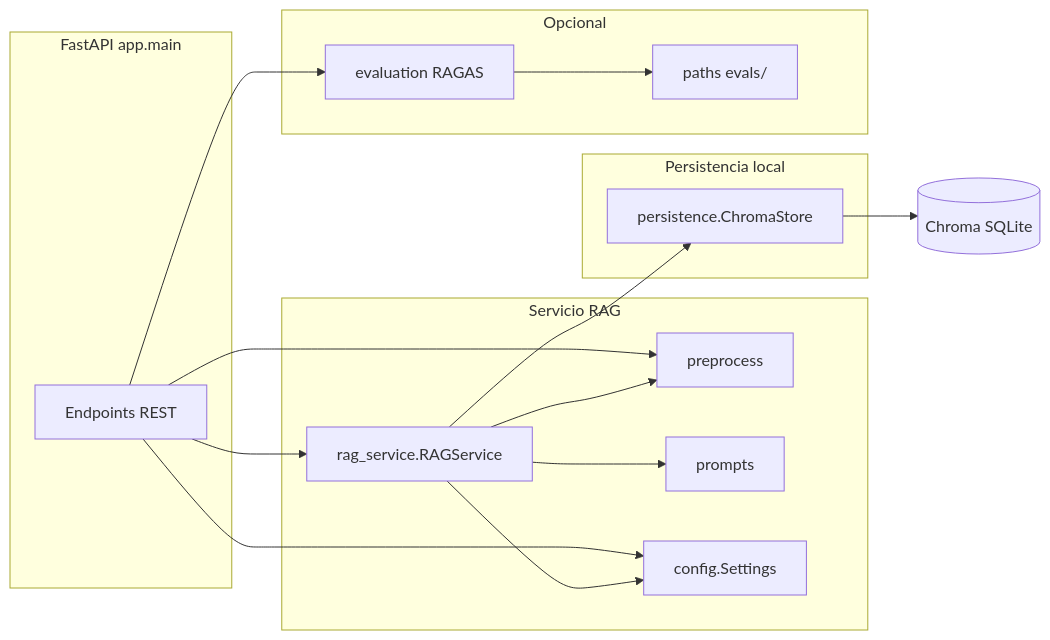
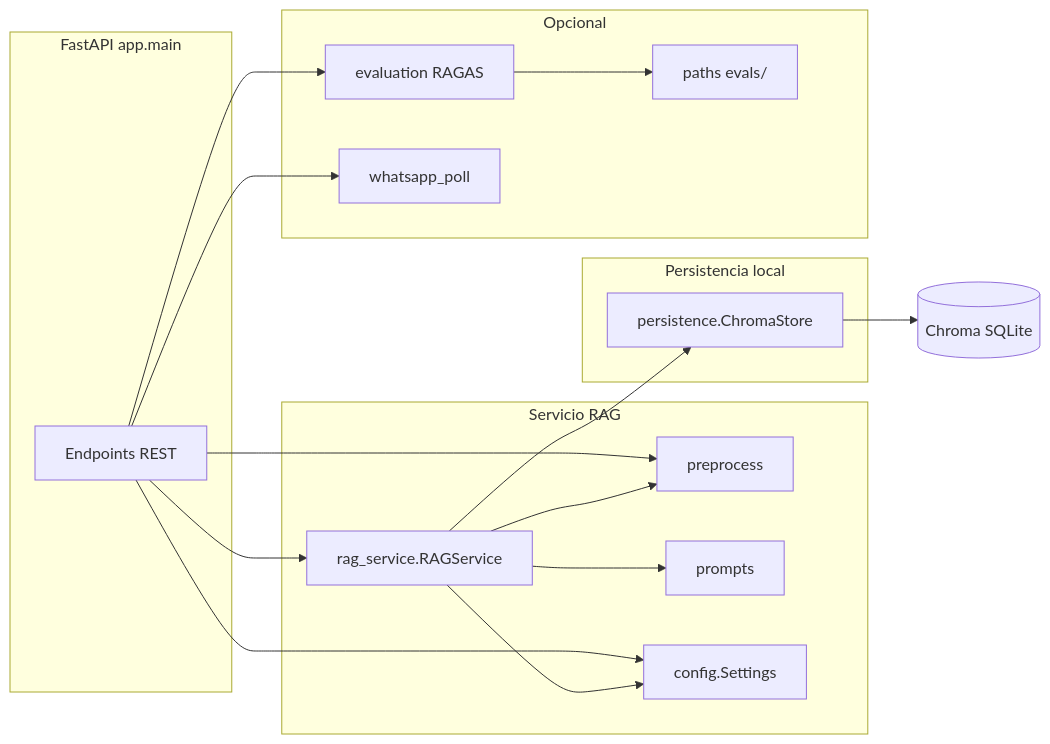
Before and after one commit to godie007/rag-chroma: the second of 7 diagrams in docs/ARQUITECTURA.md, drawn with Mermaid. The commit also changed other lines of this file and 10 other files, not shown here.

````diff
--- a/docs/ARQUITECTURA.md
+++ b/docs/ARQUITECTURA.md
@@ -53,33 +62,35 @@
 ```mermaid
 flowchart LR
     subgraph fastapi[FastAPI app.main]
         R[Endpoints REST]
     end
 
     subgraph core[Servicio RAG]
         RS[rag_service.RAGService]
         PP[preprocess]
         PR[prompts]
         CF[config.Settings]
     end
 
     subgraph persist[Persistencia local]
         CHS[persistence.ChromaStore]
     end
 
     subgraph opt[Opcional]
         EV[evaluation RAGAS]
         PA[paths evals/]
+        WP[whatsapp_poll]
     end
 
     R --> RS
     R --> PP
     R --> CF
+    R --> WP
     R --> EV
     EV --> PA
     RS --> PP
     RS --> CF
     RS --> PR
     RS --> CHS
     CHS --> CHDB[(Chroma SQLite)]
 ```
````
